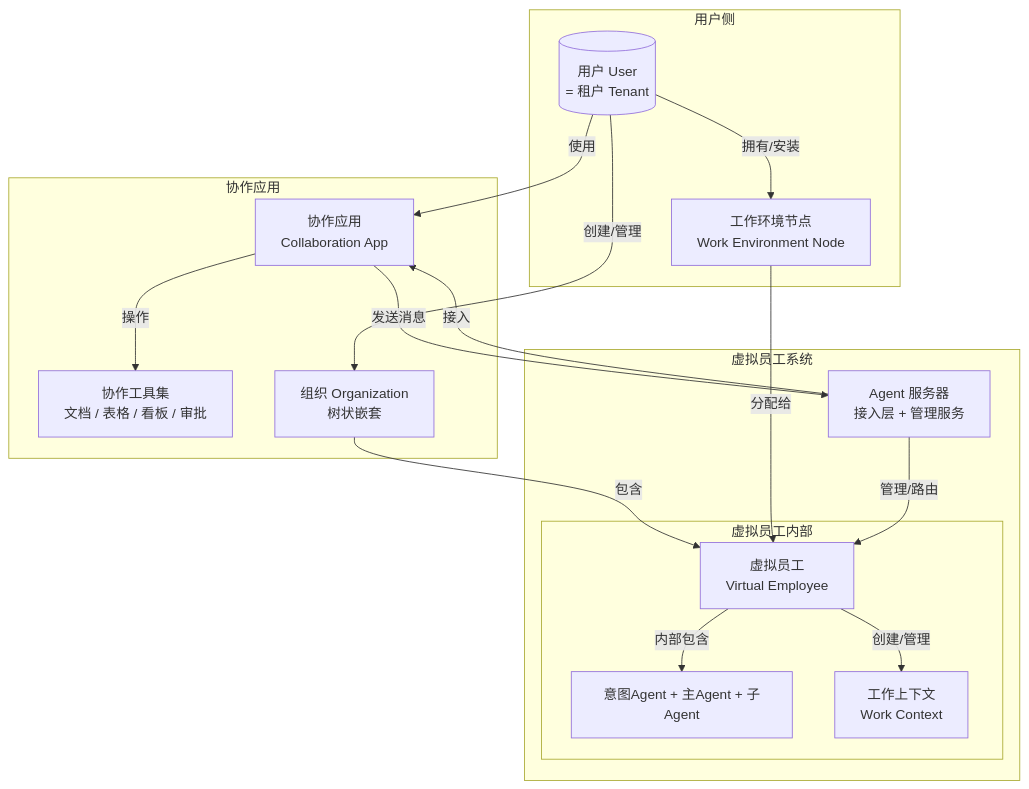
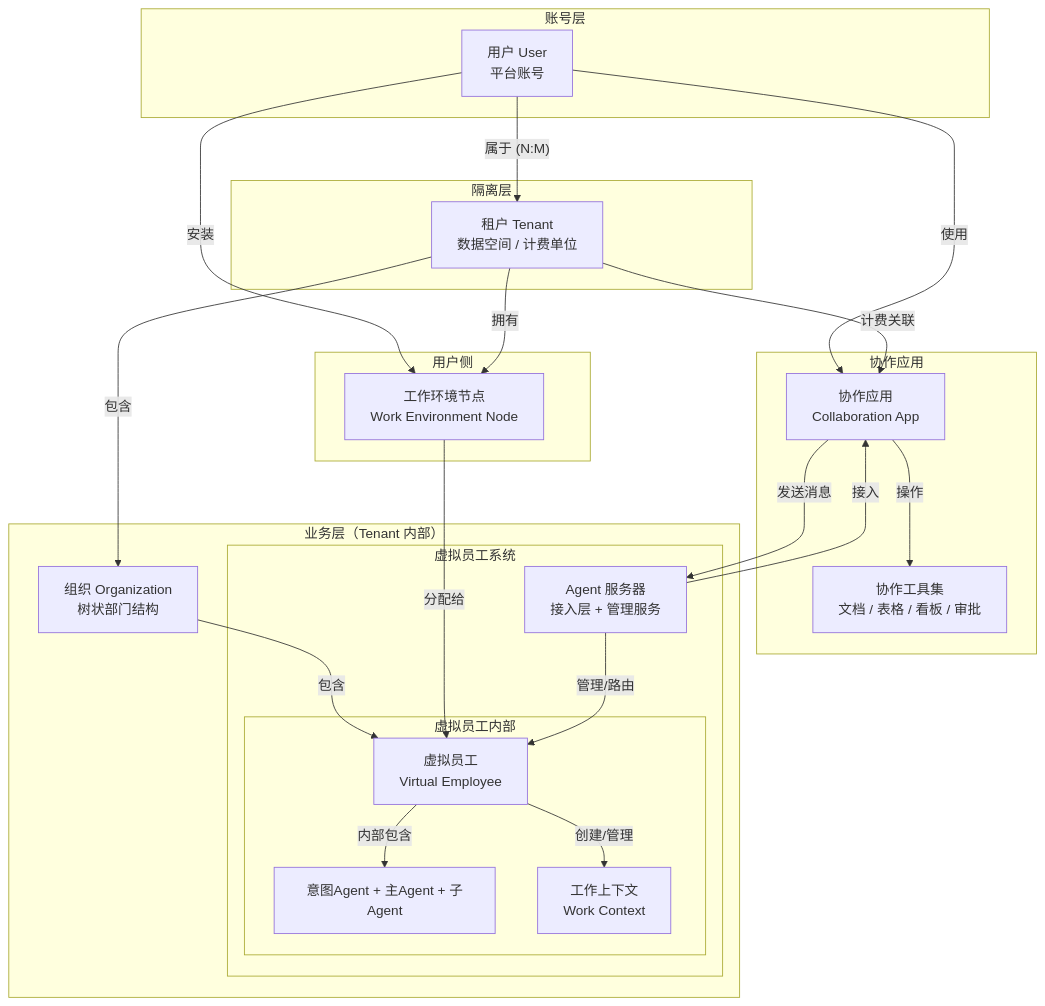
The first of 5 diagrams in virtual-team/src/02-core-concepts.md (chongyi/virtual-team-architecture), drawn with Mermaid before and after one commit. The commit also changed other lines of this file and 10 other files, not shown here.

First line of the commit message:
docs: introduce three-layer model (User → Tenant → Organization)

````diff
--- a/virtual-team/src/02-core-concepts.md
+++ b/virtual-team/src/02-core-concepts.md
@@ -7,38 +15,51 @@
 ```mermaid
 flowchart TD
+    subgraph accountLayer["账号层"]
+        user["用户 User<br/>平台账号"]
+    end
+
+    subgraph isolationLayer["隔离层"]
+        tenant["租户 Tenant<br/>数据空间 / 计费单位"]
+    end
+
     subgraph userSide["用户侧"]
-        user[("用户 User<br/>= 租户 Tenant")]
         wen["工作环境节点<br/>Work Environment Node"]
     end
 
     subgraph collabApp["协作应用"]
         app["协作应用<br/>Collaboration App"]
         collabTools["协作工具集<br/>文档 / 表格 / 看板 / 审批"]
-        org["组织 Organization<br/>树状嵌套"]
     end
 
-    subgraph veSystem["虚拟员工系统"]
-        agentSvr["Agent 服务器<br/>接入层 + 管理服务"]
-        subgraph veInternal["虚拟员工内部"]
-            ve["虚拟员工<br/>Virtual Employee"]
-            agents["意图Agent + 主Agent + 子Agent"]
-            wc["工作上下文<br/>Work Context"]
+    subgraph businessLayer["业务层（Tenant 内部）"]
+        org["组织 Organization<br/>树状部门结构"]
+        subgraph veSystem["虚拟员工系统"]
+            agentSvr["Agent 服务器<br/>接入层 + 管理服务"]
+            subgraph veInternal["虚拟员工内部"]
+                ve["虚拟员工<br/>Virtual Employee"]
+                agents["意图Agent + 主Agent + 子Agent"]
+                wc["工作上下文<br/>Work Context"]
+            end
         end
     end
 
-    user -->|"创建/管理"| org
-    user -->|"拥有/安装"| wen
+    user -->|"属于 (N:M)"| tenant
     user -->|"使用"| app
+    user -->|"安装"| wen
+
+    tenant -->|"包含"| org
+    tenant -->|"拥有"| wen
+    tenant -->|"计费关联"| app
 
     app -->|"操作"| collabTools
     app -->|"发送消息"| agentSvr
 
     org -->|"包含"| ve
     wen -->|"分配给"| ve
 
     ve -->|"内部包含"| agents
     ve -->|"创建/管理"| wc
 
     agentSvr -->|"管理/路由"| ve
     agentSvr -->|"接入"| app
 ```
````
